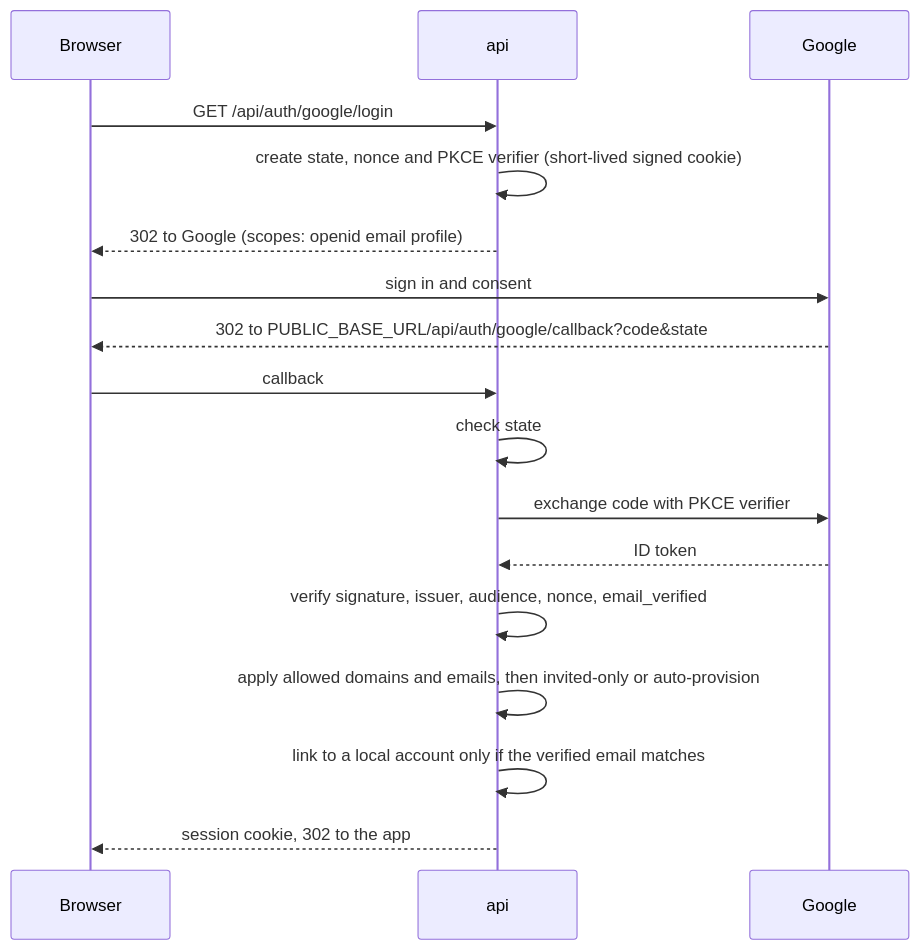
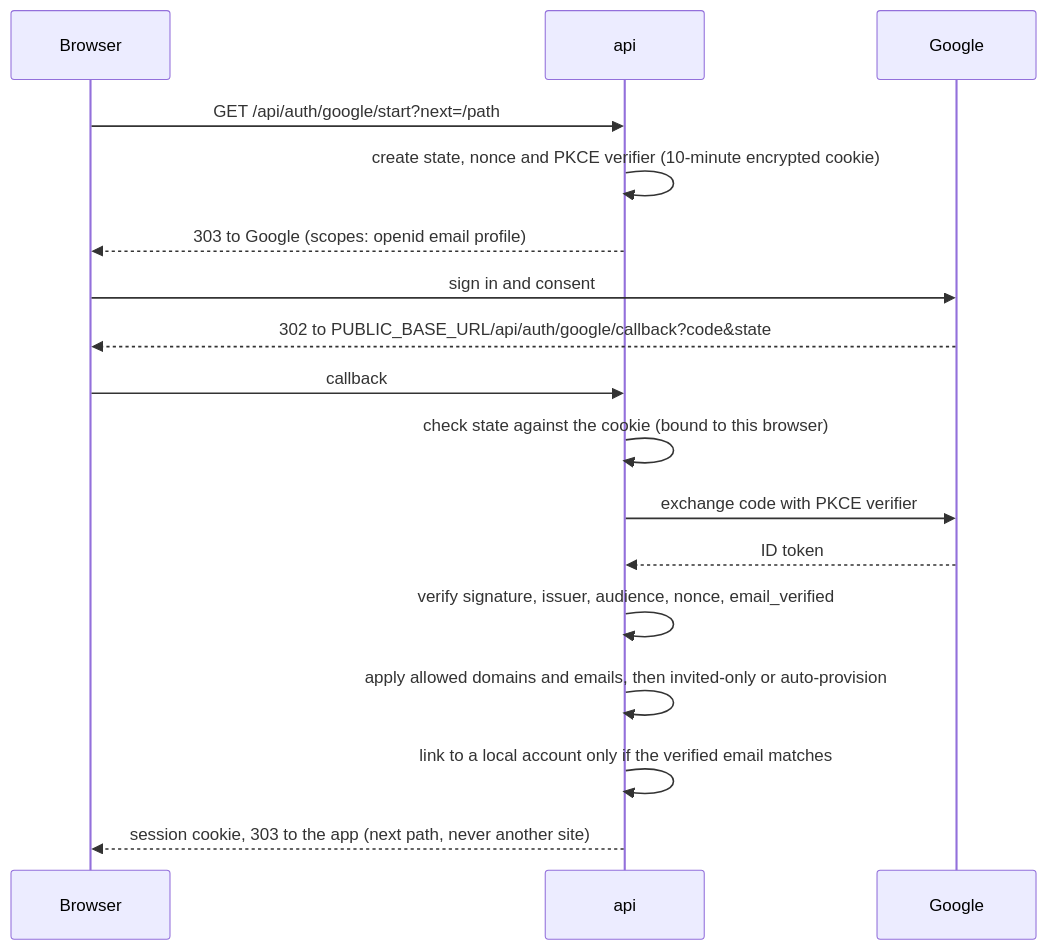
Before and after one commit to pundip/opsis: the fourth of 4 diagrams in docs/ARCHITECTURE.md, drawn with Mermaid. The commit also changed other lines of this file and 77 other files, not shown here.

````diff
--- a/docs/ARCHITECTURE.md
+++ b/docs/ARCHITECTURE.md
@@ -178,20 +178,20 @@
 ```mermaid
 sequenceDiagram
   participant B as Browser
   participant A as api
   participant G as Google
 
-  B->>A: GET /api/auth/google/login
-  A->>A: create state, nonce and PKCE verifier (short-lived signed cookie)
-  A-->>B: 302 to Google (scopes: openid email profile)
+  B->>A: GET /api/auth/google/start?next=/path
+  A->>A: create state, nonce and PKCE verifier (10-minute encrypted cookie)
+  A-->>B: 303 to Google (scopes: openid email profile)
   B->>G: sign in and consent
   G-->>B: 302 to PUBLIC_BASE_URL/api/auth/google/callback?code&state
   B->>A: callback
-  A->>A: check state
+  A->>A: check state against the cookie (bound to this browser)
   A->>G: exchange code with PKCE verifier
   G-->>A: ID token
   A->>A: verify signature, issuer, audience, nonce, email_verified
   A->>A: apply allowed domains and emails, then invited-only or auto-provision
   A->>A: link to a local account only if the verified email matches
-  A-->>B: session cookie, 302 to the app
+  A-->>B: session cookie, 303 to the app (next path, never another site)
 ```
````
